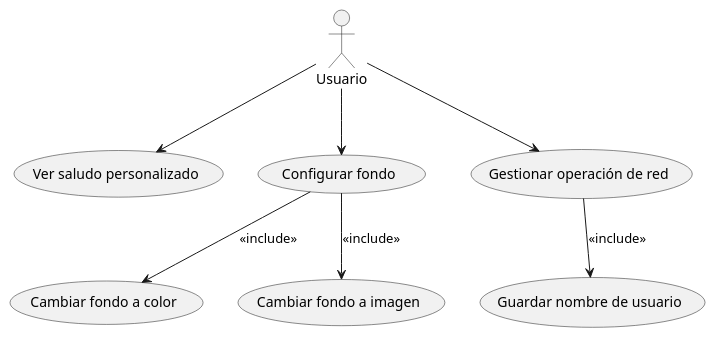
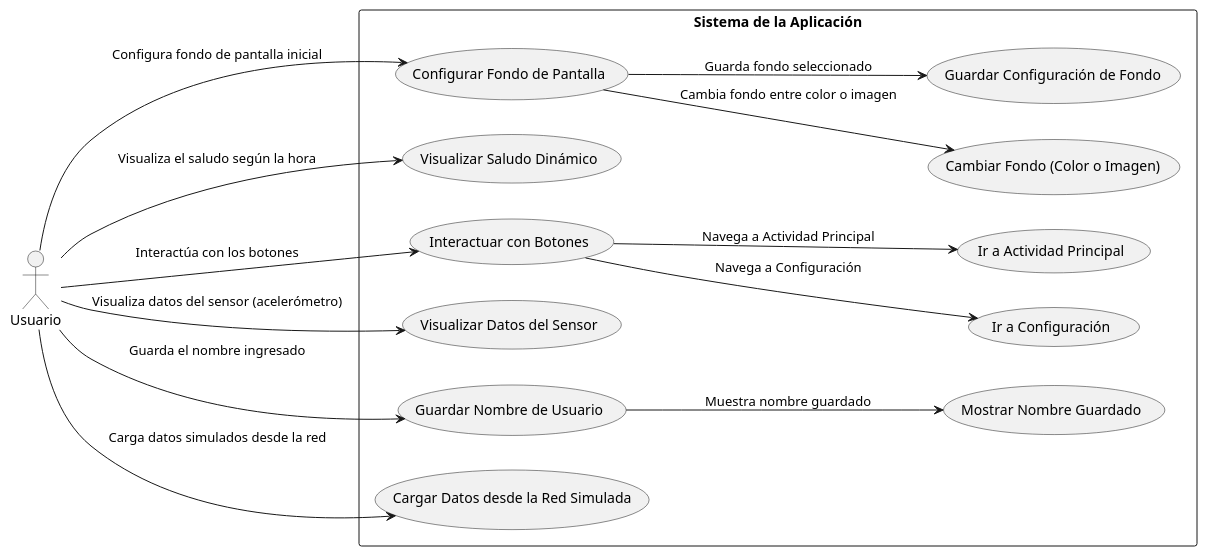
Before and after one commit to Jaime1999l/Jaime_Lopez_Diaz_Taller_4_PDE: the diagram in app/src/main/java/UML/CasosDeUso.puml, drawn with PlantUML. The commit also changed 1 other file, not shown here.

```diff
--- a/app/src/main/java/UML/CasosDeUso.puml
+++ b/app/src/main/java/UML/CasosDeUso.puml
@@ -1,19 +1,34 @@
 @startuml
-actor Usuario
+left to right direction
+actor Usuario as U
 
-usecase "Ver saludo personalizado" as UC_VerSaludo
-usecase "Configurar fondo" as UC_ConfigurarFondo
-usecase "Guardar nombre de usuario" as UC_GuardarNombre
-usecase "Cambiar fondo a color" as UC_CambiarColor
-usecase "Cambiar fondo a imagen" as UC_CambiarImagen
-usecase "Gestionar operación de red" as UC_Red
+rectangle "Sistema de la Aplicación" {
 
-Usuario --> UC_VerSaludo
-Usuario --> UC_ConfigurarFondo
-Usuario --> UC_Red
+    usecase "Configurar Fondo de Pantalla" as CF
+    usecase "Cambiar Fondo (Color o Imagen)" as CFCI
+    usecase "Guardar Configuración de Fondo" as GCF
+    usecase "Visualizar Saludo Dinámico" as VSD
+    usecase "Interactuar con Botones" as IB
+    usecase "Ir a Configuración" as IC
+    usecase "Ir a Actividad Principal" as IAP
+    usecase "Visualizar Datos del Sensor" as VDS
+    usecase "Guardar Nombre de Usuario" as GNU
+    usecase "Cargar Datos desde la Red Simulada" as CDR
+    usecase "Mostrar Nombre Guardado" as MNG
 
-UC_ConfigurarFondo --> UC_CambiarColor : <<include>>
-UC_ConfigurarFondo --> UC_CambiarImagen : <<include>>
-UC_Red --> UC_GuardarNombre : <<include>>
+}
 
+U --> CF : Configura fondo de pantalla inicial
+CF --> CFCI : Cambia fondo entre color o imagen
+CF --> GCF : Guarda fondo seleccionado
+
+U --> VSD : Visualiza el saludo según la hora
+U --> IB : Interactúa con los botones
+IB --> IC : Navega a Configuración
+IB --> IAP : Navega a Actividad Principal
+
+U --> VDS : Visualiza datos del sensor (acelerómetro)
+U --> GNU : Guarda el nombre ingresado
+GNU --> MNG : Muestra nombre guardado
+U --> CDR : Carga datos simulados desde la red
 @enduml
```
